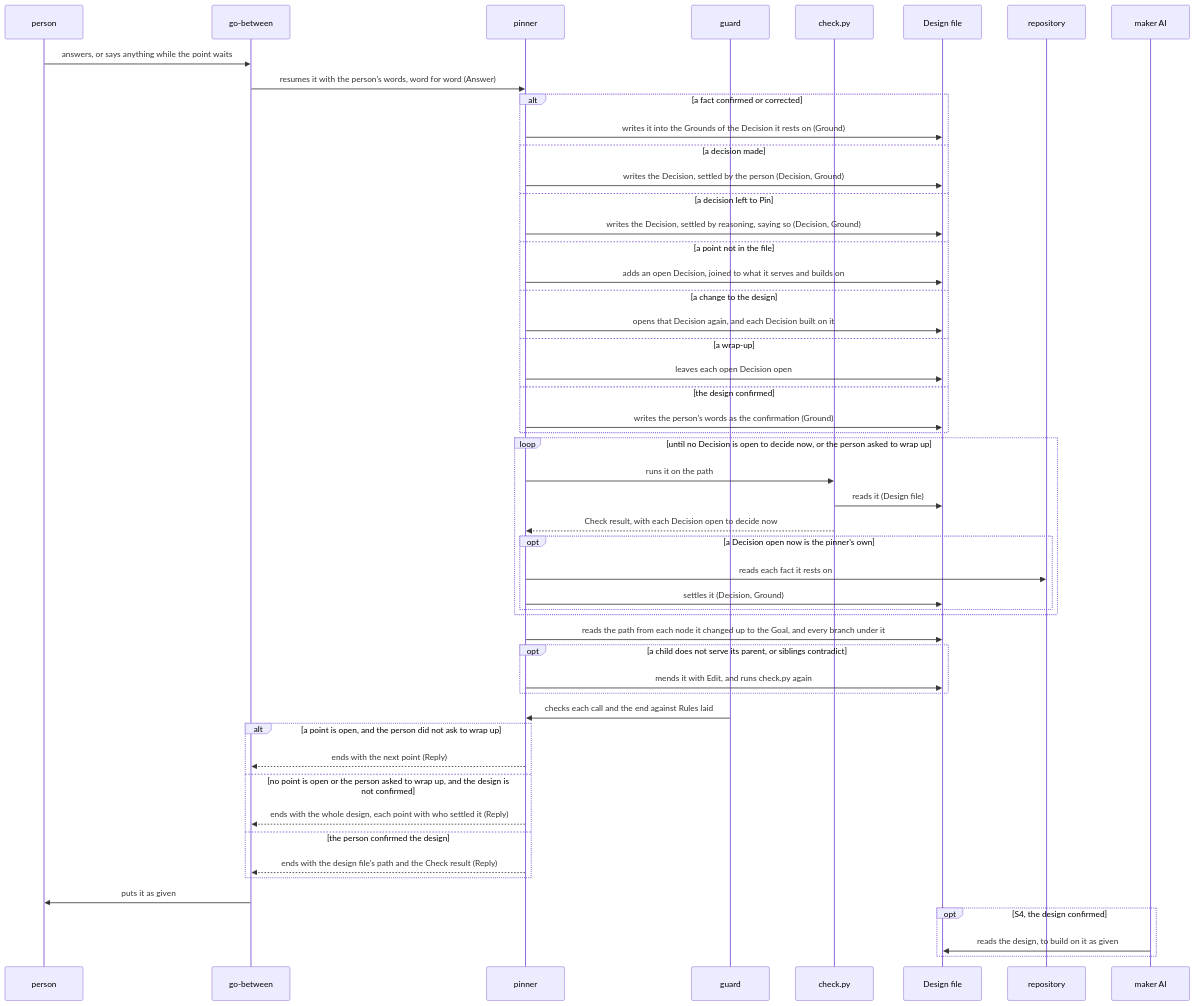
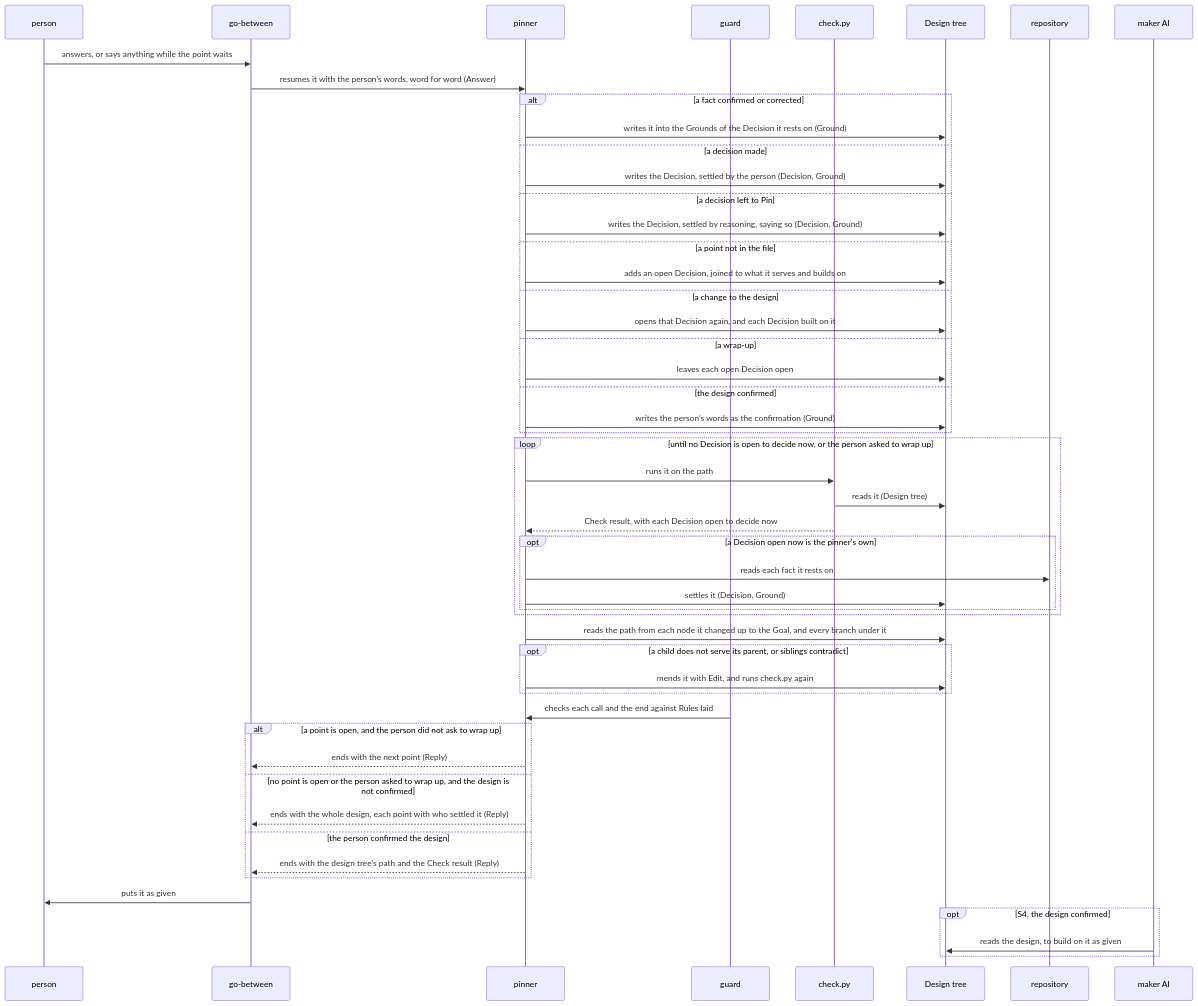
The second of 2 diagrams in dev/pin/architecture.md (lovaizu/ccpm), drawn with Mermaid before and after one commit. The commit also changed other lines of this file and 40 other files, not shown here.

````diff
--- a/dev/pin/architecture.md
+++ b/dev/pin/architecture.md
@@ -283,53 +283,53 @@
 ```mermaid
 sequenceDiagram
   participant P as person
   participant GB as go-between
   participant PN as pinner
   participant GD as guard
   participant CK as check.py
-  participant DF as Design file
+  participant DF as Design tree
   participant RP as repository
   participant M as maker AI
   P->>GB: answers, or says anything while the point waits
   GB->>PN: resumes it with the person's words, word for word (Answer)
   alt a fact confirmed or corrected
     PN->>DF: writes it into the Grounds of the Decision it rests on (Ground)
   else a decision made
     PN->>DF: writes the Decision, settled by the person (Decision, Ground)
   else a decision left to Pin
     PN->>DF: writes the Decision, settled by reasoning, saying so (Decision, Ground)
   else a point not in the file
     PN->>DF: adds an open Decision, joined to what it serves and builds on
   else a change to the design
     PN->>DF: opens that Decision again, and each Decision built on it
   else a wrap-up
     PN->>DF: leaves each open Decision open
   else the design confirmed
     PN->>DF: writes the person's words as the confirmation (Ground)
   end
   loop until no Decision is open to decide now, or the person asked to wrap up
     PN->>CK: runs it on the path
-    CK->>DF: reads it (Design file)
+    CK->>DF: reads it (Design tree)
     CK-->>PN: Check result, with each Decision open to decide now
     opt a Decision open now is the pinner's own
       PN->>RP: reads each fact it rests on
       PN->>DF: settles it (Decision, Ground)
     end
   end
   PN->>DF: reads the path from each node it changed up to the Goal, and every branch under it
   opt a child does not serve its parent, or siblings contradict
     PN->>DF: mends it with Edit, and runs check.py again
   end
   GD->>PN: checks each call and the end against Rules laid
   alt a point is open, and the person did not ask to wrap up
     PN-->>GB: ends with the next point (Reply)
   else no point is open or the person asked to wrap up, and the design is not confirmed
     PN-->>GB: ends with the whole design, each point with who settled it (Reply)
   else the person confirmed the design
-    PN-->>GB: ends with the design file's path and the Check result (Reply)
+    PN-->>GB: ends with the design tree's path and the Check result (Reply)
   end
   GB->>P: puts it as given
   opt S4, the design confirmed
     M->>DF: reads the design, to build on it as given
   end
 ```
````
